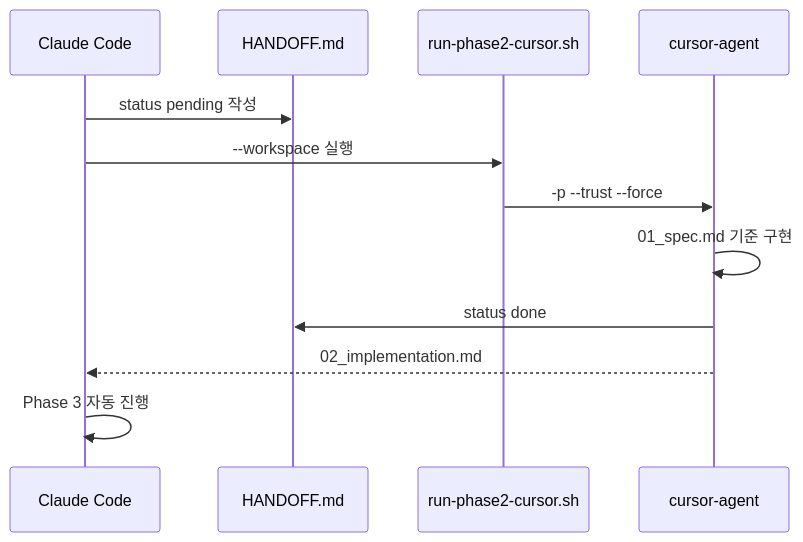
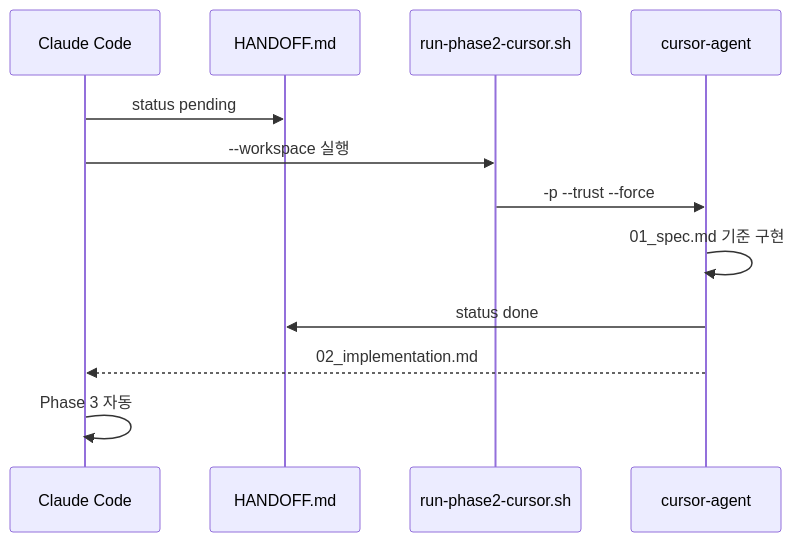
Before and after one commit to LEEHEEWON123/harness_build: the third of 5 diagrams in docs/dev-pipeline.md, drawn with Mermaid. The commit also changed other lines of this file and 1 other file, not shown here.

````diff
--- a/docs/dev-pipeline.md
+++ b/docs/dev-pipeline.md
@@ -53,15 +91,15 @@
 ```mermaid
 sequenceDiagram
   participant C as Claude Code
   participant H as HANDOFF.md
   participant S as run-phase2-cursor.sh
   participant A as cursor-agent
 
-  C->>H: status pending 작성
+  C->>H: status pending
   C->>S: --workspace 실행
   S->>A: -p --trust --force
   A->>A: 01_spec.md 기준 구현
   A->>H: status done
   A-->>C: 02_implementation.md
-  C->>C: Phase 3 자동 진행
+  C->>C: Phase 3 자동
 ```
````
